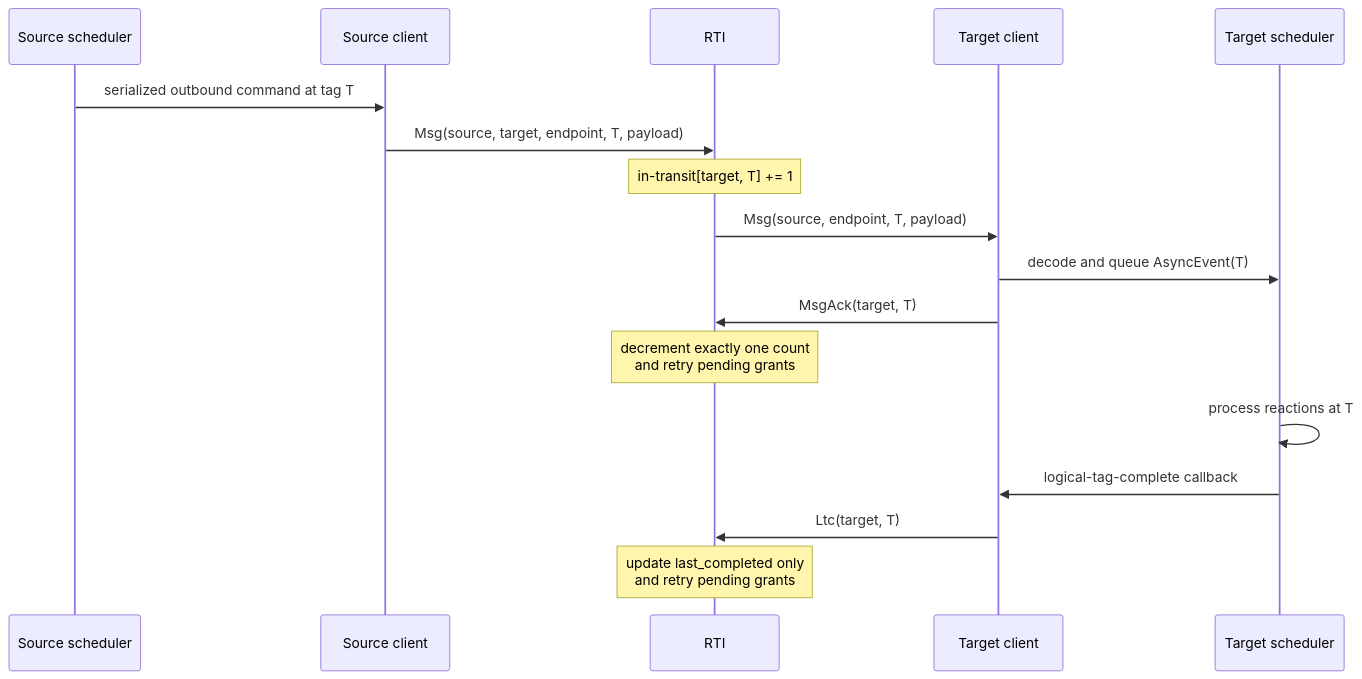
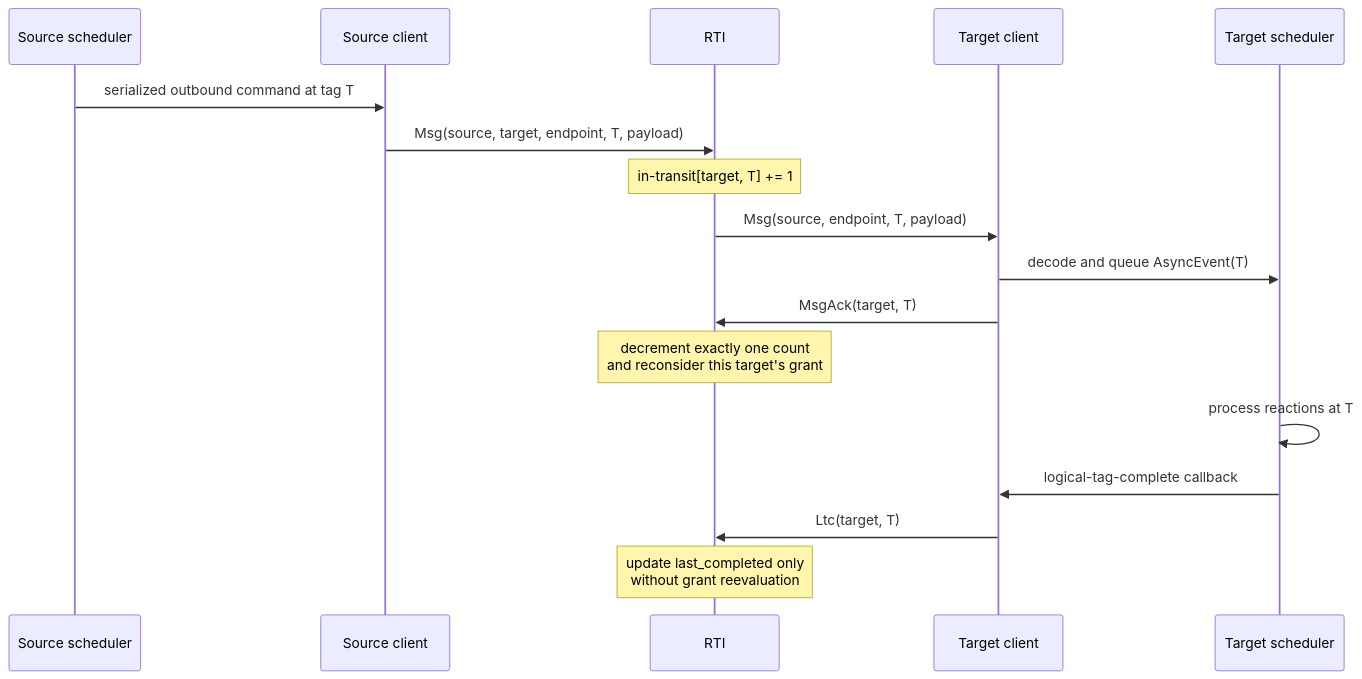
One commit to jondo2010/boomerang changed the third of 4 diagrams in docs/federated-protocol.md. Above: the diagram before and after it, drawn with Mermaid. The commit also changed other lines of this file and 1 other file, not shown here.

````diff
--- a/docs/federated-protocol.md
+++ b/docs/federated-protocol.md
@@ -132,20 +143,20 @@
 ```mermaid
 sequenceDiagram
     participant SS as Source scheduler
     participant SC as Source client
     participant R as RTI
     participant TC as Target client
     participant TS as Target scheduler
 
     SS->>SC: serialized outbound command at tag T
     SC->>R: Msg(source, target, endpoint, T, payload)
     Note over R: in-transit[target, T] += 1
     R->>TC: Msg(source, endpoint, T, payload)
     TC->>TS: decode and queue AsyncEvent(T)
     TC->>R: MsgAck(target, T)
-    Note over R: decrement exactly one count<br/>and retry pending grants
+    Note over R: decrement exactly one count<br/>and reconsider this target's grant
     TS->>TS: process reactions at T
     TS->>TC: logical-tag-complete callback
     TC->>R: Ltc(target, T)
-    Note over R: update last_completed only<br/>and retry pending grants
+    Note over R: update last_completed only<br/>without grant reevaluation
 ```
````
